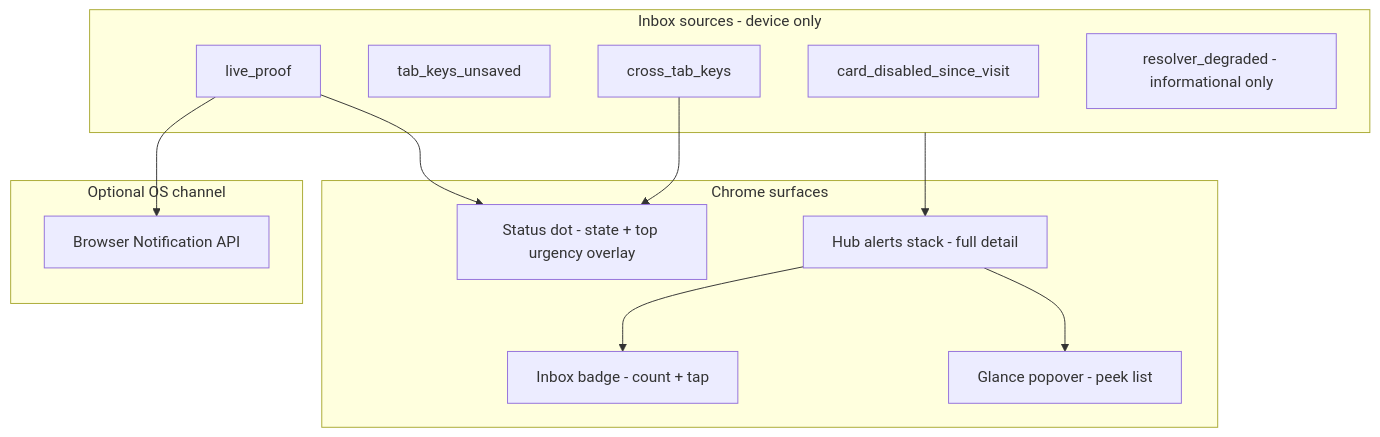
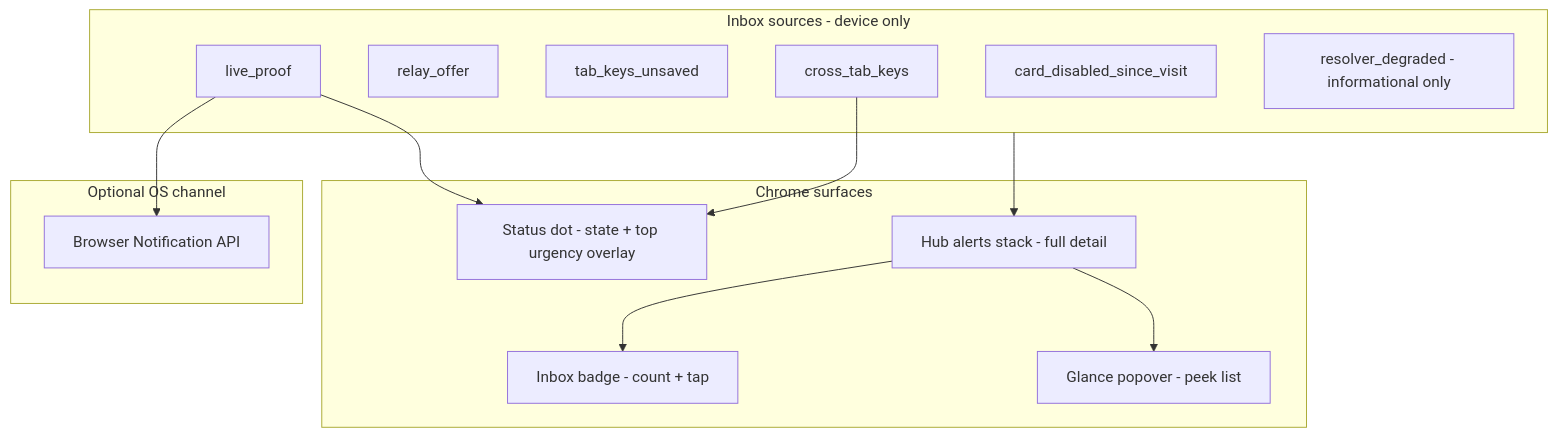
The diagram in docs/DEVICE_INBOX.md (h6811127/humanity.llc), drawn with Mermaid before and after one commit. The commit also changed other lines of this file and 247 other files, not shown here.

````diff
--- a/docs/DEVICE_INBOX.md
+++ b/docs/DEVICE_INBOX.md
@@ -33,28 +35,29 @@
 ```mermaid
 flowchart TB
   subgraph sources [Inbox sources - device only]
     LP[live_proof]
+    RO[relay_offer]
     TK[tab_keys_unsaved]
     CT[cross_tab_keys]
     RV[card_disabled_since_visit]
     NET[resolver_degraded - informational only]
   end
 
   subgraph chrome [Chrome surfaces]
     DOT[Status dot - state + top urgency overlay]
     BADGE[Inbox badge - count + tap]
     GLANCE[Glance popover - peek list]
     HUB[Hub alerts stack - full detail]
   end
 
   subgraph push [Optional OS channel]
     OS[Browser Notification API]
   end
 
   sources --> HUB
   HUB --> BADGE
   HUB --> GLANCE
   LP --> DOT
   CT --> DOT
   LP --> OS
 ```
````
